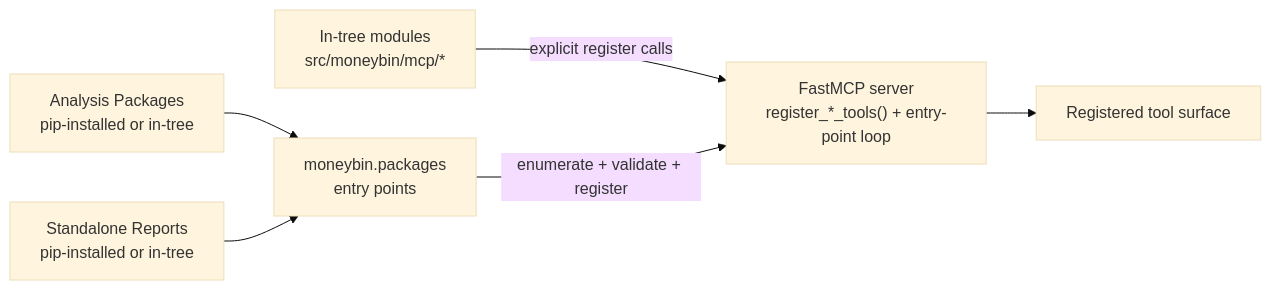
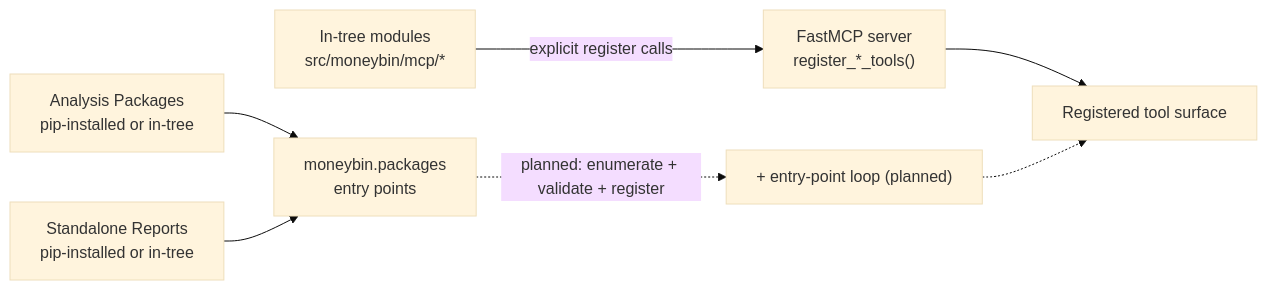
Before and after one commit to bsaffel/moneybin: the first of 2 diagrams in docs/specs/mcp-architecture.md, drawn with Mermaid (base theme). The commit also changed other lines of this file, not shown here.

Commit message:
Fix mermaid diagram still depicting entry-point discovery as live
Pre-push review caught that the diagram and trailing paragraph
contradicted the 'planned' framing added for the packages framework
removal (MB-56).

````diff
--- a/docs/specs/mcp-architecture.md
+++ b/docs/specs/mcp-architecture.md
@@ -194,15 +194,17 @@
 ```mermaid
 flowchart LR
     intree[In-tree modules<br/>src/moneybin/mcp/*]
     pkg[Analysis Packages<br/>pip-installed or in-tree]
     rep[Standalone Reports<br/>pip-installed or in-tree]
     ep["moneybin.packages<br/>entry points"]
-    server["FastMCP server<br/>register_*_tools() + entry-point loop"]
+    server["FastMCP server<br/>register_*_tools()"]
+    server_planned["+ entry-point loop (planned)"]
     surface[Registered tool surface]
 
     intree -->|explicit register calls| server
     pkg --> ep
     rep --> ep
-    ep -->|enumerate + validate + register| server
+    ep -.->|planned: enumerate + validate + register| server_planned
     server --> surface
+    server_planned -.-> surface
 ```
````
